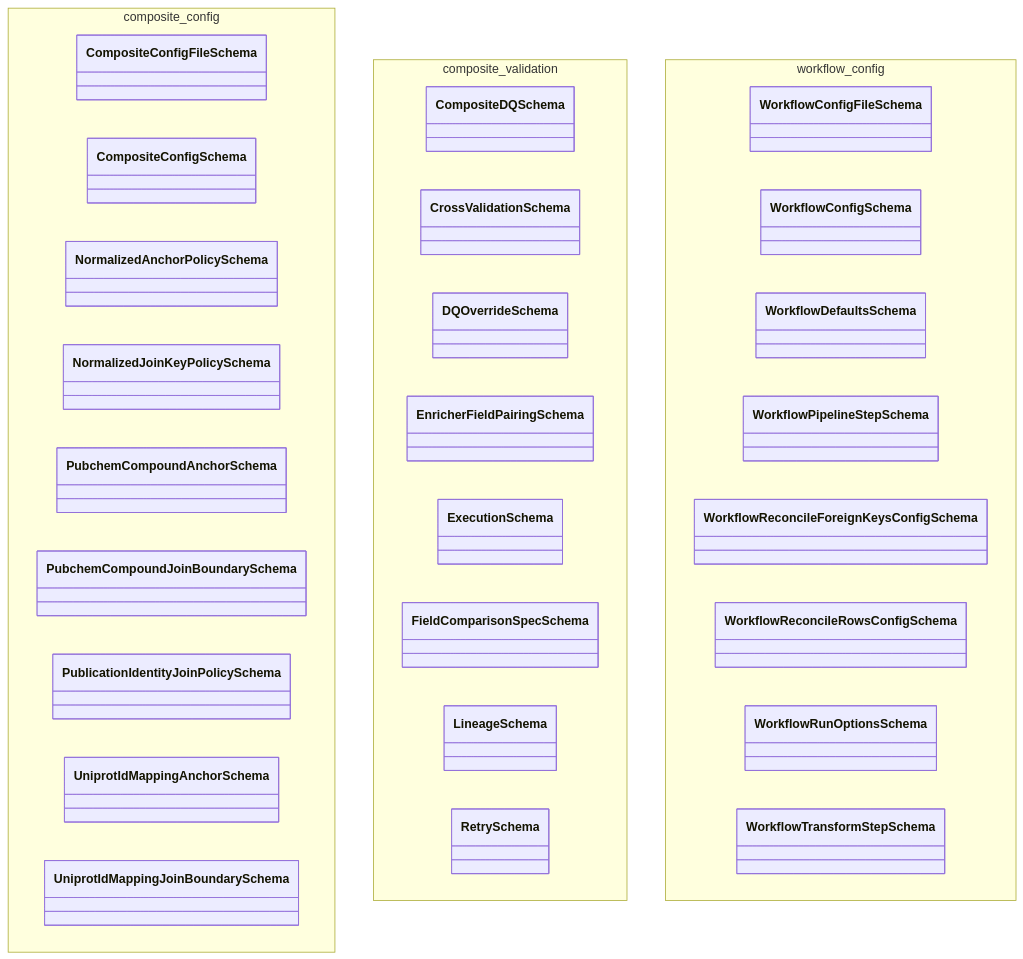
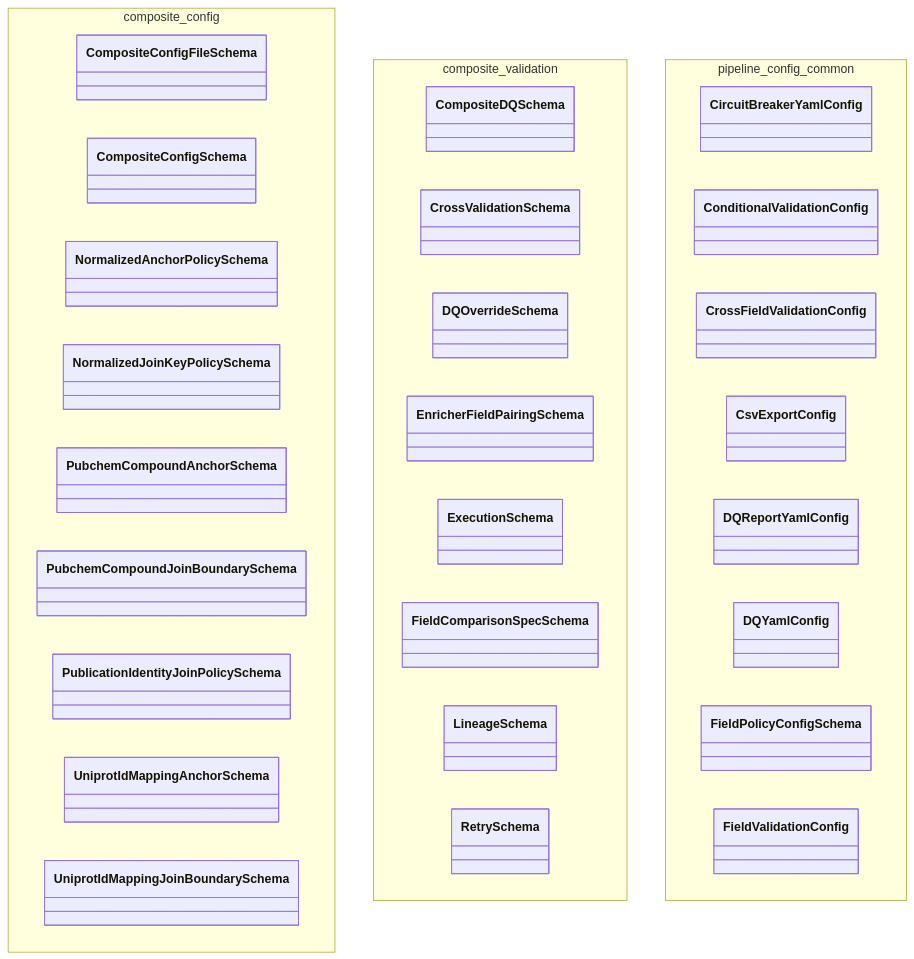
Before and after one commit to SatoryKono/BioactivityDataAcquisition: the diagram in docs/02-architecture/diagrams/class-diagrams/90-pkg-infrastructure-schemas-part2.mmd, drawn with Mermaid. The commit also changed 35 other files, not shown here.

First line of the commit message:
fix(ci): synchronize IUPHAR diagram inventory and review routing guards

```diff
--- a/docs/02-architecture/diagrams/class-diagrams/90-pkg-infrastructure-schemas-part2.mmd
+++ b/docs/02-architecture/diagrams/class-diagrams/90-pkg-infrastructure-schemas-part2.mmd
@@ -1,44 +1,44 @@
 %% Title: Package Family: infrastructure/schemas (Part 2/4)
-%% Covers: AST-derived supplemental package-family inventory slice for src/bioetl/infrastructure/schemas; part 2/4; modules: composite_config, composite_validation, workflow_config.
+%% Covers: AST-derived supplemental package-family inventory slice for src/bioetl/infrastructure/schemas; part 2/4; modules: composite_config, composite_validation, pipeline_config_common.
 %% Components: top-level classes grouped by source module.
 %% @version 1.0.0
 %% @type    classDiagram
-%% @date    2026-11-17
+%% @date    2026-11-18
 %% @level   Package Family / Inventory Slice
 %% @nodes   25
 %% @reference Generated supplemental package-family slice used to keep node density within the class-diagram readability budget (<= 30).
 classDiagram
 
     namespace composite_config {
         class CompositeConfigFileSchema
         class CompositeConfigSchema
         class NormalizedAnchorPolicySchema
         class NormalizedJoinKeyPolicySchema
         class PubchemCompoundAnchorSchema
         class PubchemCompoundJoinBoundarySchema
         class PublicationIdentityJoinPolicySchema
         class UniprotIdMappingAnchorSchema
         class UniprotIdMappingJoinBoundarySchema
     }
 
     namespace composite_validation {
         class CompositeDQSchema
         class CrossValidationSchema
         class DQOverrideSchema
         class EnricherFieldPairingSchema
         class ExecutionSchema
         class FieldComparisonSpecSchema
         class LineageSchema
         class RetrySchema
     }
 
-    namespace workflow_config {
-        class WorkflowConfigFileSchema
-        class WorkflowConfigSchema
-        class WorkflowDefaultsSchema
-        class WorkflowPipelineStepSchema
-        class WorkflowReconcileForeignKeysConfigSchema
-        class WorkflowReconcileRowsConfigSchema
-        class WorkflowRunOptionsSchema
-        class WorkflowTransformStepSchema
+    namespace pipeline_config_common {
+        class CircuitBreakerYamlConfig
+        class ConditionalValidationConfig
+        class CrossFieldValidationConfig
+        class CsvExportConfig
+        class DQReportYamlConfig
+        class DQYamlConfig
+        class FieldPolicyConfigSchema
+        class FieldValidationConfig
     }
```
